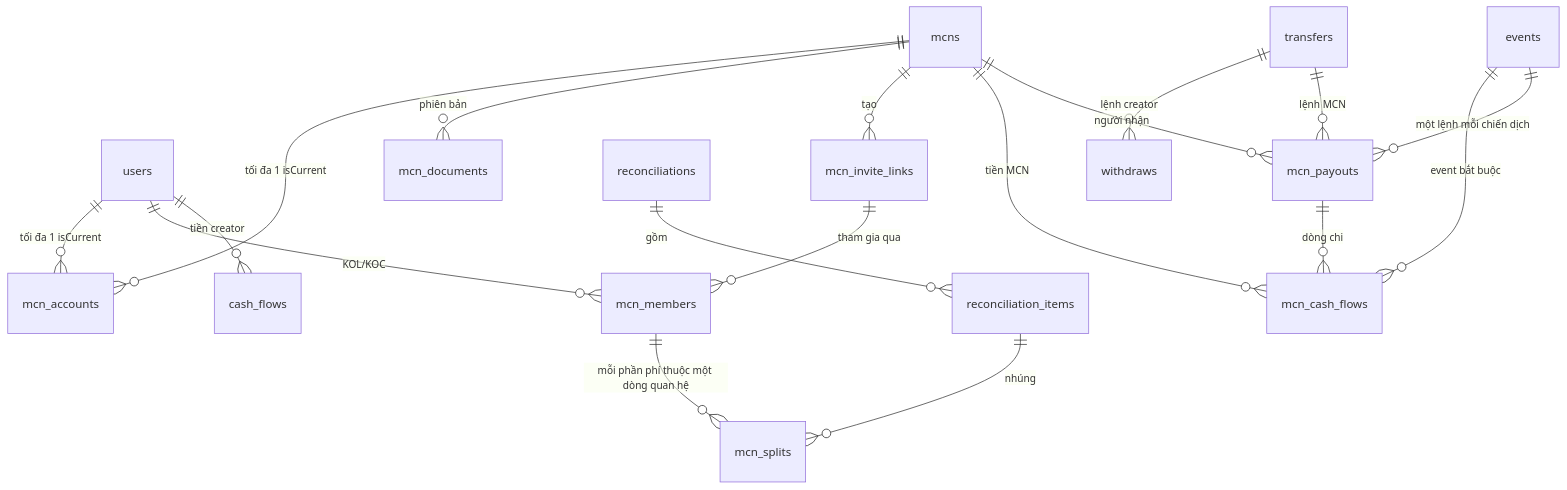
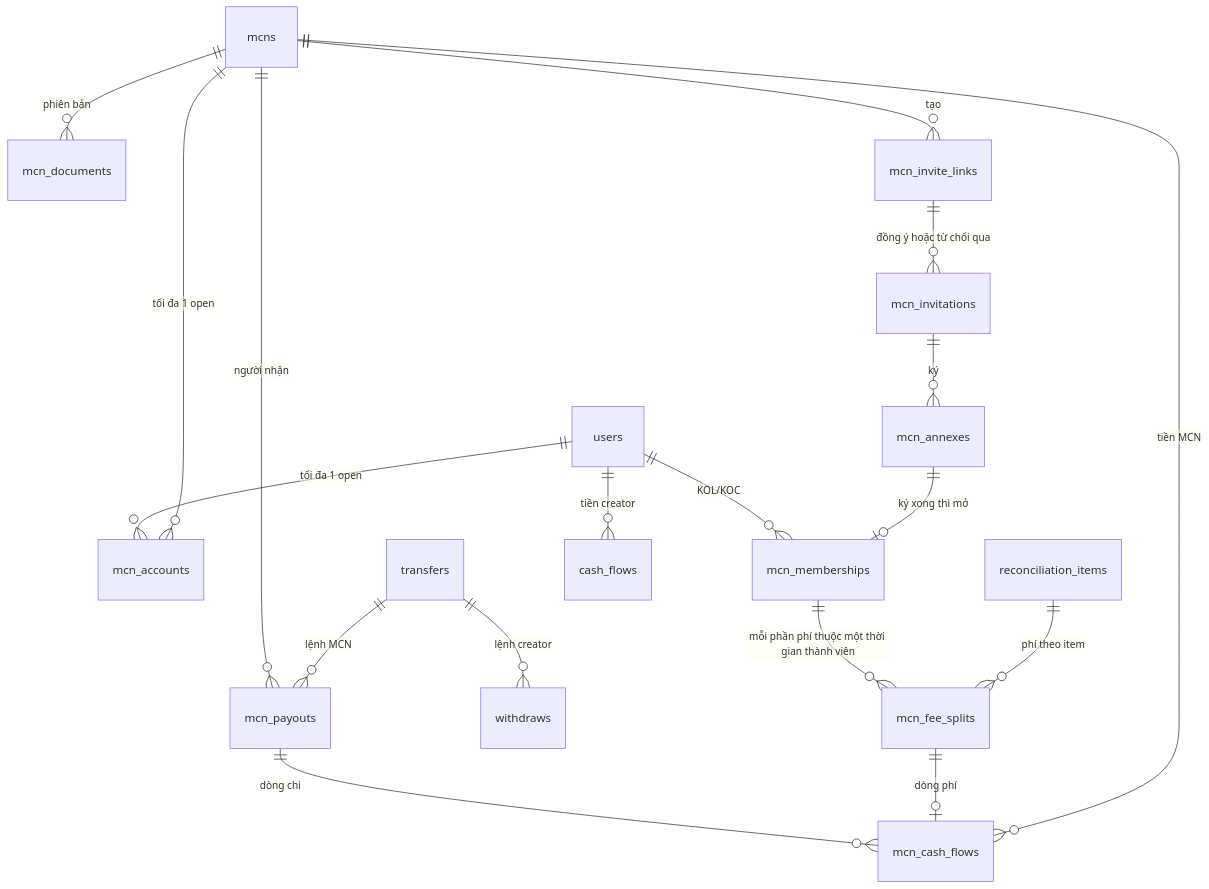
The third of 6 diagrams in mcn/techspec-mcn-phase1-2026-11-04.md (viewboost/accesstrade-docs), drawn with Mermaid before and after one commit. The commit also changed other lines of this file, not shown here.

````diff
--- a/mcn/techspec-mcn-phase1-2026-11-04.md
+++ b/mcn/techspec-mcn-phase1-2026-11-04.md
@@ -277,20 +288,20 @@
 ```mermaid
 erDiagram
-  mcns ||--o{ mcn_accounts : "tối đa 1 isCurrent"
-  users ||--o{ mcn_accounts : "tối đa 1 isCurrent"
+  mcns ||--o{ mcn_accounts : "tối đa 1 open"
+  users ||--o{ mcn_accounts : "tối đa 1 open"
   mcns ||--o{ mcn_documents : "phiên bản"
   mcns ||--o{ mcn_invite_links : "tạo"
-  mcn_invite_links ||--o{ mcn_members : "tham gia qua"
-  users ||--o{ mcn_members : "KOL/KOC"
-  reconciliations ||--o{ reconciliation_items : "gồm"
-  reconciliation_items ||--o{ mcn_splits : "nhúng"
-  mcn_members ||--o{ mcn_splits : "mỗi phần phí thuộc một dòng quan hệ"
+  mcn_invite_links ||--o{ mcn_invitations : "đồng ý hoặc từ chối qua"
+  mcn_invitations ||--o{ mcn_annexes : "ký"
+  mcn_annexes ||--o| mcn_memberships : "ký xong thì mở"
+  users ||--o{ mcn_memberships : "KOL/KOC"
+  reconciliation_items ||--o{ mcn_fee_splits : "phí theo item"
+  mcn_memberships ||--o{ mcn_fee_splits : "mỗi phần phí thuộc một thời gian thành viên"
   users ||--o{ cash_flows : "tiền creator"
   mcns ||--o{ mcn_cash_flows : "tiền MCN"
-  events ||--o{ mcn_cash_flows : "event bắt buộc"
+  mcn_fee_splits ||--o| mcn_cash_flows : "dòng phí"
   transfers ||--o{ withdraws : "lệnh creator"
   transfers ||--o{ mcn_payouts : "lệnh MCN"
   mcns ||--o{ mcn_payouts : "người nhận"
-  events ||--o{ mcn_payouts : "một lệnh mỗi chiến dịch"
   mcn_payouts ||--o{ mcn_cash_flows : "dòng chi"
 ```
````
